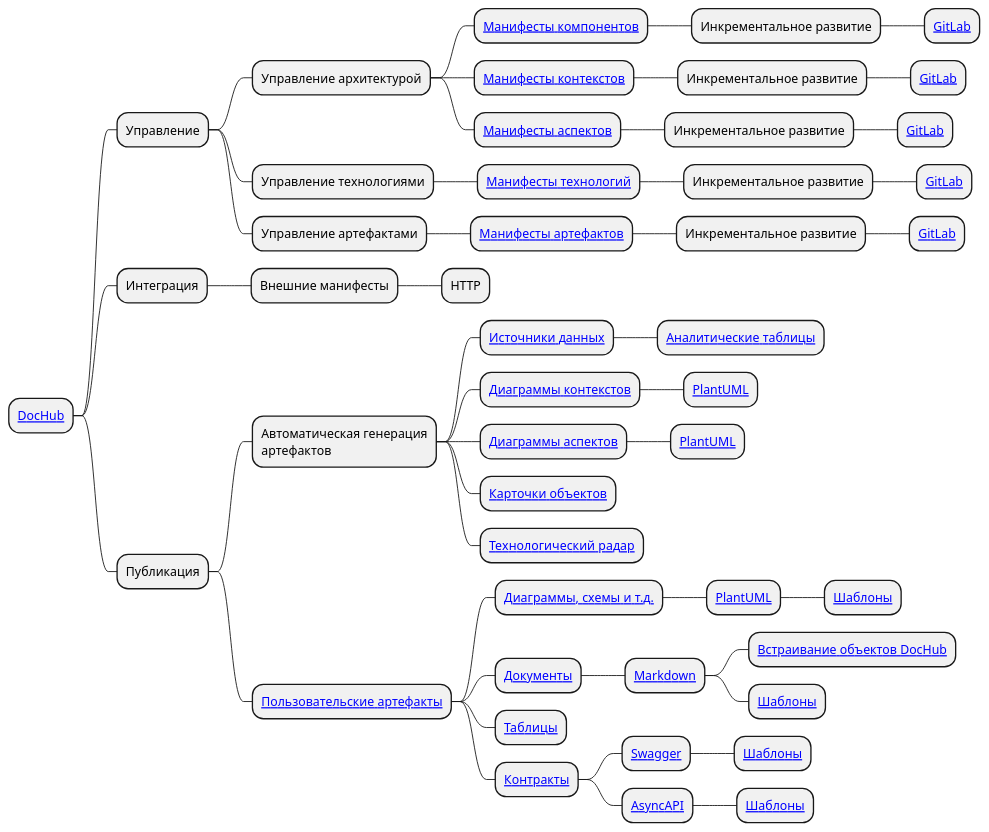
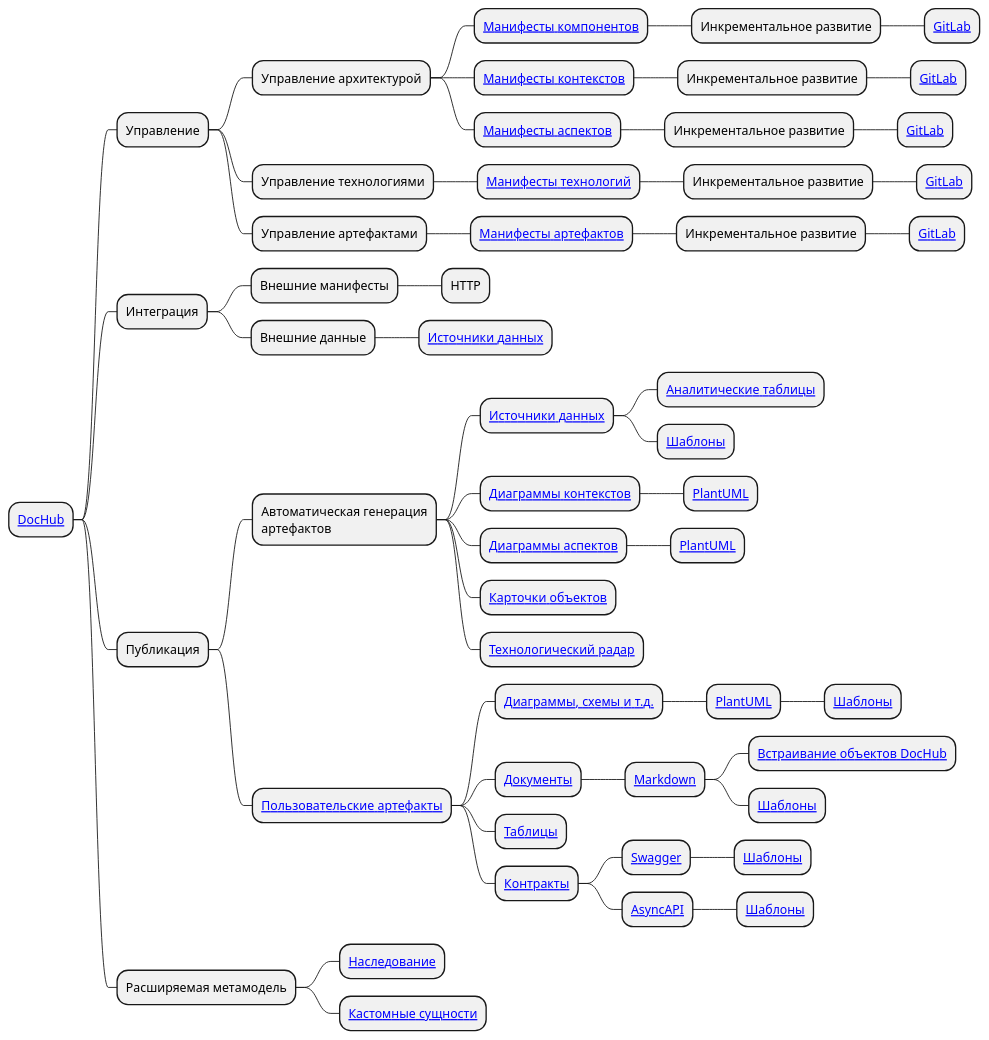
Before and after one commit to ypolosov/DocHub: the diagram in public/documentation/docs/conception/mindmap.puml, drawn with PlantUML. The commit also changed 15 other files, not shown here.

Commit message:
Обновлена документация для Mermaid

```diff
--- a/public/documentation/docs/conception/mindmap.puml
+++ b/public/documentation/docs/conception/mindmap.puml
@@ -1,49 +1,55 @@
 @startmindmap
 * [[https://github.com/RabotaRu/DocHub DocHub]]
 ** Управление
 *** Управление архитектурой
 **** [[/docs/dochub.components Манифесты компонентов]]
 ***** Инкрементальное развитие
 ****** [[https://about.gitlab.com/ GitLab]]
 **** [[/docs/dochub.contexts Манифесты контекстов]]
 ***** Инкрементальное развитие
 ****** [[https://about.gitlab.com/ GitLab]]
 **** [[/docs/dochub.aspects Манифесты аспектов]]
 ***** Инкрементальное развитие
 ****** [[https://about.gitlab.com/ GitLab]]
 *** Управление технологиями
 **** [[/docs/dochub.technologies Манифесты технологий]]
 ***** Инкрементальное развитие
 ****** [[https://about.gitlab.com/ GitLab]]
 *** Управление артефактами
 **** [[/docs/dochub.docs Манифесты артефактов]]
 ***** Инкрементальное развитие
 ****** [[https://about.gitlab.com/ GitLab]]
 ** Интеграция
 *** Внешние манифесты
 **** HTTP
+*** Внешние данные
+**** [[/docs/dochub.tables Источники данных]]
 ** Публикация
 *** Автоматическая генерация\nартефактов
 **** [[/docs/dochub.datasets Источники данных]]
 ***** [[/docs/dochub.tables Аналитические таблицы]]
+***** [[/docs/dochub.templates Шаблоны]]
 **** [[/docs/dochub.contexts Диаграммы контекстов]]
 ***** [[https://plantuml.com/ PlantUML]]
 **** [[/docs/dochub.aspects Диаграммы аспектов]]
 ***** [[https://plantuml.com/ PlantUML]]
 **** [[/docs/dochub.forms Карточки объектов]]
 **** [[/docs/dochub.radar Технологический радар]]
 *** [[/docs/dochub.docs Пользовательские артефакты]]
 **** [[/docs/dochub.docs#plantuml Диаграммы, схемы и т.д.]]
 ***** [[https://plantuml.com/ PlantUML]]
 ****** [[/docs/dochub.templates#plantuml Шаблоны]]
 **** [[/docs/dochub.docs#markdown Документы]]
 ***** [[https://ru.wikipedia.org/wiki/Markdown Markdown]]
 ****** [[/docs/dochub.docs#markdown Встраивание объектов DocHub]]
 ****** [[/docs/dochub.templates#markdown Шаблоны]]
 **** [[/docs/dochub.tables Таблицы]]
 **** [[/docs/dochub.docs#swagger Контракты]]
 ***** [[https://swagger.io/ Swagger]]
 ****** [[/docs/dochub.templates#openapi Шаблоны]]
 ***** [[https://www.asyncapi.com/ AsyncAPI]]
 ****** [[/docs/dochub.templates#asyncapi Шаблоны]]
+** Расширяемая метамодель
+*** [[/docs/dochub.inheritance Наследование]]
+*** [[/docs/dochub.entities Кастомные сущности]]
 @endmindmap
```
